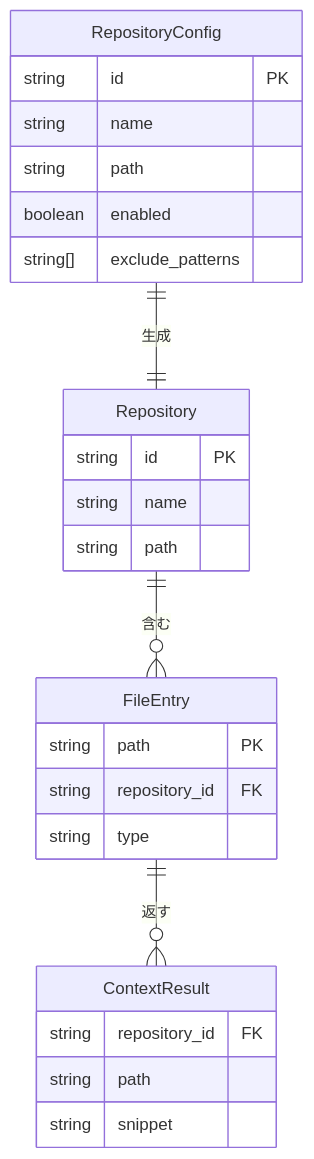
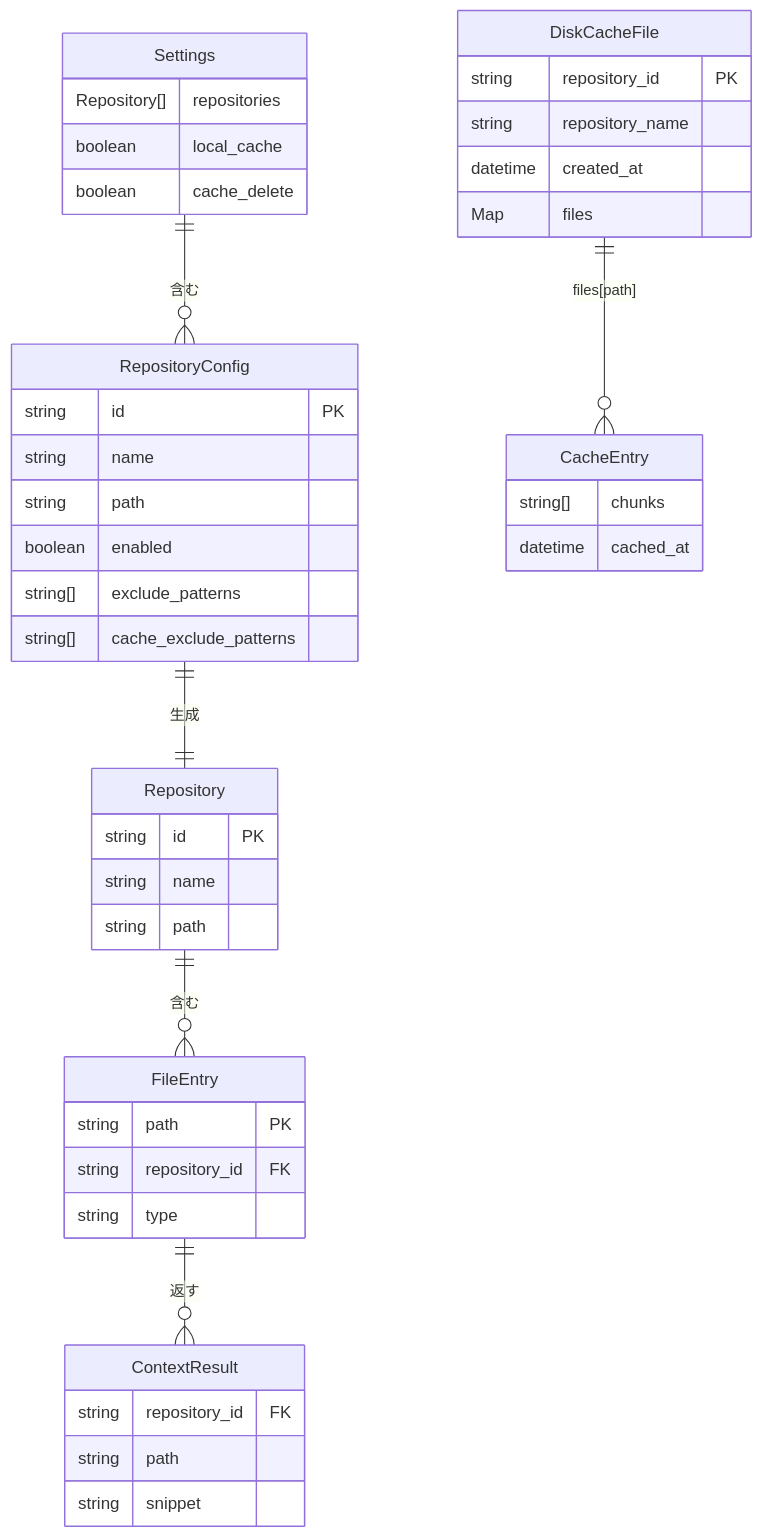
The second of 2 diagrams in docs/design.md (HatoriIchigo/repo-bridge-mcp), drawn with Mermaid before and after one commit. The commit also changed other lines of this file and 8 other files, not shown here.

````diff
--- a/docs/design.md
+++ b/docs/design.md
@@ -68,29 +75,47 @@
 ```mermaid
 erDiagram
+  Settings {
+    Repository[] repositories
+    boolean local_cache
+    boolean cache_delete
+  }
   RepositoryConfig {
     string id PK
     string name
     string path
     boolean enabled
     string[] exclude_patterns
+    string[] cache_exclude_patterns
   }
   Repository {
     string id PK
     string name
     string path
   }
   FileEntry {
     string path PK
     string repository_id FK
     string type
   }
   ContextResult {
     string repository_id FK
     string path
     string snippet
   }
+  DiskCacheFile {
+    string repository_id PK
+    string repository_name
+    datetime created_at
+    Map files
+  }
+  CacheEntry {
+    string[] chunks
+    datetime cached_at
+  }
 
+  Settings ||--o{ RepositoryConfig : "含む"
   RepositoryConfig ||--|| Repository : "生成"
   Repository ||--o{ FileEntry : "含む"
   FileEntry ||--o{ ContextResult : "返す"
+  DiskCacheFile ||--o{ CacheEntry : "files[path]"
 ```
````
